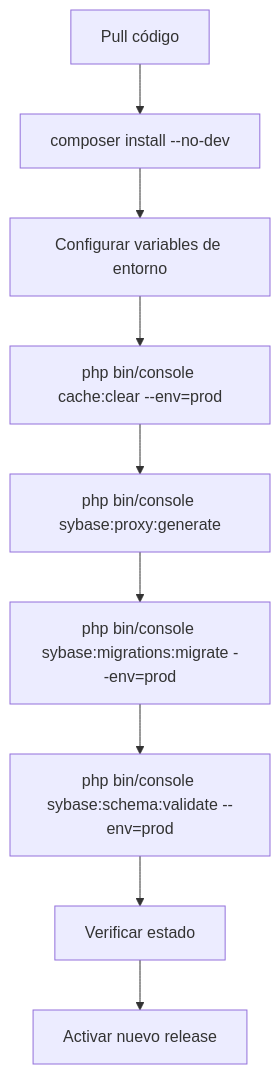
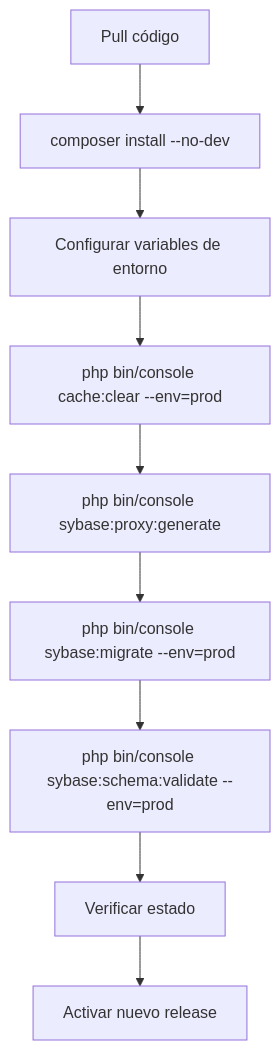
One commit to shedeza/sybase-orm-bundle changed the diagram in docs/manual-operacion/02-despliegue.md. Above: the diagram before and after it, drawn with Mermaid. The commit also changed other lines of this file and 17 other files, not shown here.

````diff
--- a/docs/manual-operacion/02-despliegue.md
+++ b/docs/manual-operacion/02-despliegue.md
@@ -11,11 +11,11 @@
 ```mermaid
 flowchart TD
     A[Pull código] --> B[composer install --no-dev]
     B --> C[Configurar variables de entorno]
     C --> D[php bin/console cache:clear --env=prod]
     D --> E[php bin/console sybase:proxy:generate]
-    E --> F[php bin/console sybase:migrations:migrate --env=prod]
+    E --> F[php bin/console sybase:migrate --env=prod]
     F --> G[php bin/console sybase:schema:validate --env=prod]
     G --> H[Verificar estado]
     H --> I[Activar nuevo release]
 ```
````
